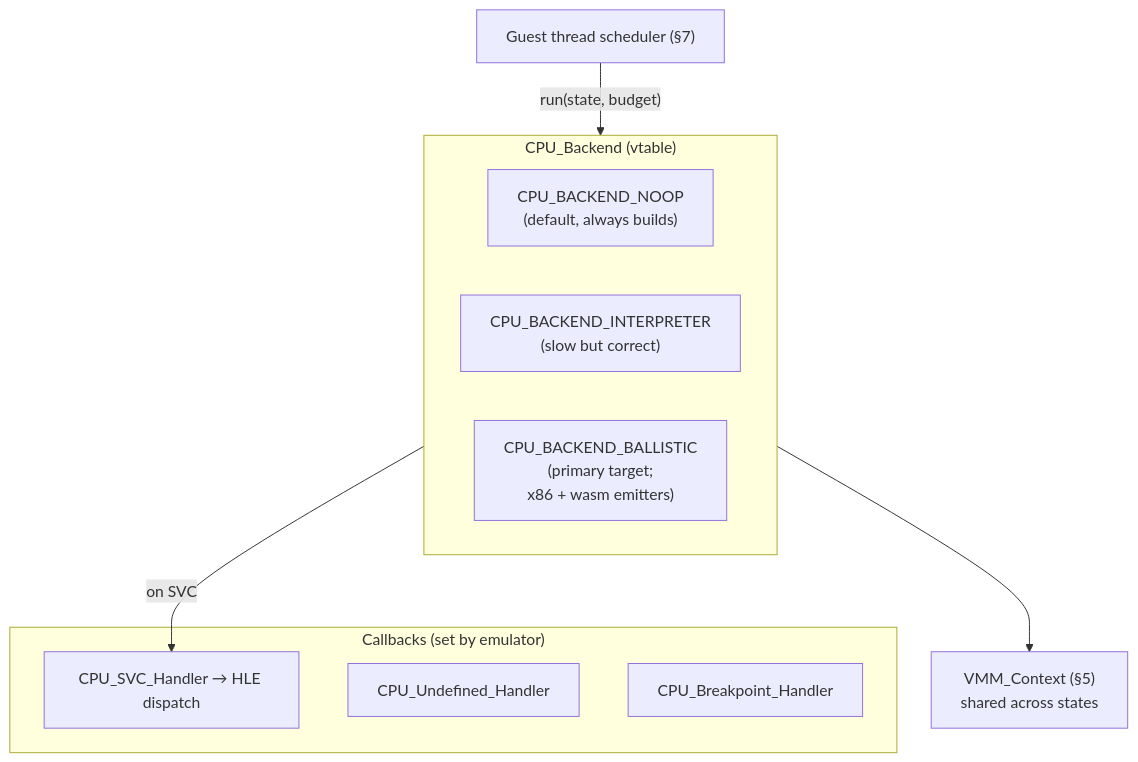
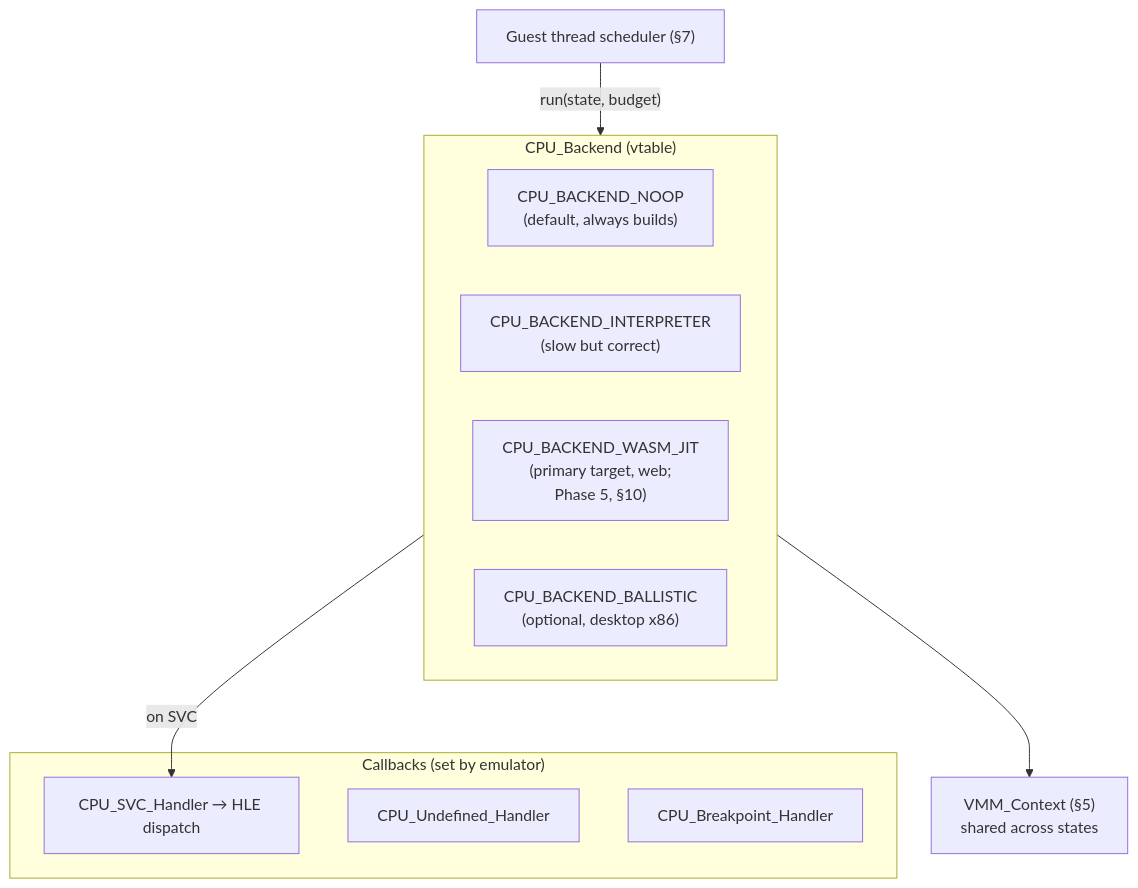
One commit to voland-emu/Voland changed the third of 15 diagrams in docs/DESIGN.md. Above: the diagram before and after it, drawn with Mermaid. The commit also changed other lines of this file and 4 other files, not shown here.

First line of the commit message:
docs(cpu): specify wasm_jit, Voland's own ARM64->WASM JIT (DESIGN v3.28)

````diff
--- a/docs/DESIGN.md
+++ b/docs/DESIGN.md
@@ -752,22 +767,23 @@
 ```mermaid
 flowchart TB
     SCHED["Guest thread scheduler (§7)"]
 
     subgraph BACKENDS["CPU_Backend (vtable)"]
         NOOP["CPU_BACKEND_NOOP<br/>(default, always builds)"]
         INT["CPU_BACKEND_INTERPRETER<br/>(slow but correct)"]
-        BAL["CPU_BACKEND_BALLISTIC<br/>(primary target;<br/>x86 + wasm emitters)"]
+        WJIT["CPU_BACKEND_WASM_JIT<br/>(primary target, web;<br/>Phase 5, §10)"]
+        BAL["CPU_BACKEND_BALLISTIC<br/>(optional, desktop x86)"]
     end
 
     subgraph CB["Callbacks (set by emulator)"]
         SVC["CPU_SVC_Handler → HLE dispatch"]
         UND["CPU_Undefined_Handler"]
         BP["CPU_Breakpoint_Handler"]
     end
 
     VMM["VMM_Context (§5)<br/>shared across states"]
 
     SCHED -->|"run(state, budget)"| BACKENDS
     BACKENDS -->|on SVC| SVC
     BACKENDS --> VMM
 ```
````
